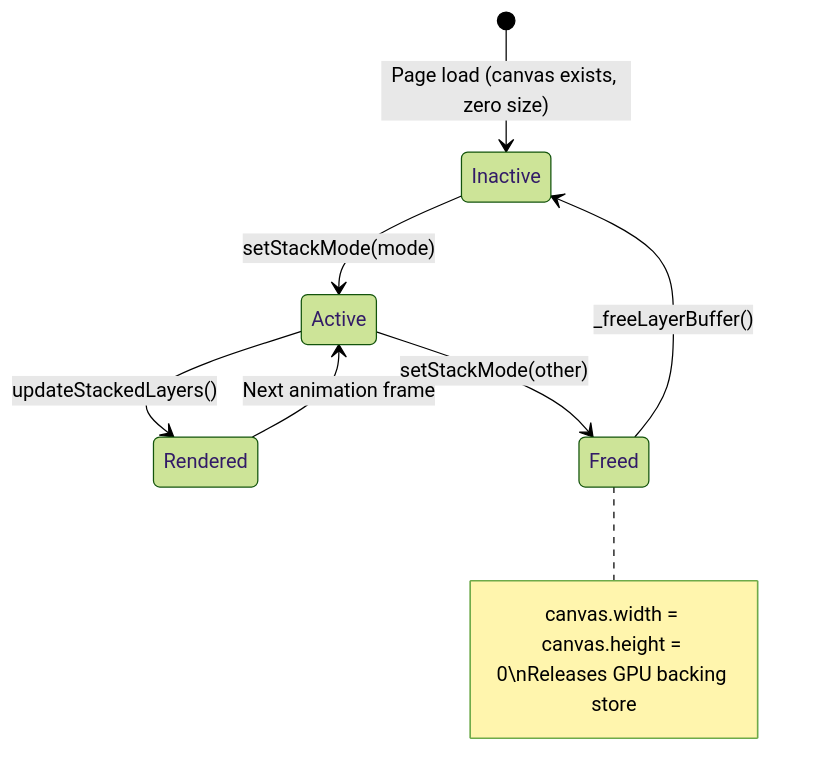
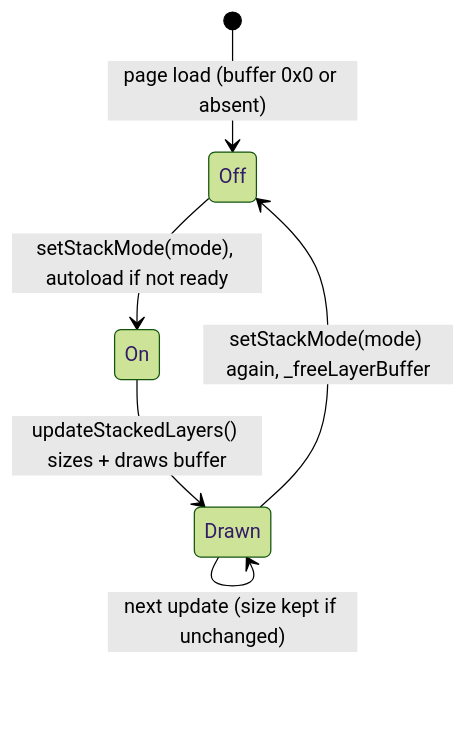
The second of 7 diagrams in docs/reference/layer-system.md (EdgarCardenasDeLaHoz/map2stl), drawn with Mermaid (forest theme) before and after one commit. The commit also changed other lines of this file and 314 other files, not shown here.

First line of the commit message:
Docs reorganized: one INDEX, guides/, reference/, decisions/, plans roadmap, research/, history/

````diff
--- a/docs/reference/layer-system.md
+++ b/docs/reference/layer-system.md
@@ -55,10 +96,8 @@
 ```mermaid
 stateDiagram-v2
-    [*] --> Inactive: Page load (canvas exists, zero size)
-    Inactive --> Active: setStackMode(mode)
-    Active --> Rendered: updateStackedLayers()
-    Rendered --> Active: Next animation frame
-    Active --> Freed: setStackMode(other)
-    Freed --> Inactive: _freeLayerBuffer()
-    note right of Freed : canvas.width = canvas.height = 0\nReleases GPU backing store
+    [*] --> Off: page load (buffer 0x0 or absent)
+    Off --> On: setStackMode(mode), autoload if not ready
+    On --> Drawn: updateStackedLayers() sizes + draws buffer
+    Drawn --> Drawn: next update (size kept if unchanged)
+    Drawn --> Off: setStackMode(mode) again, _freeLayerBuffer
 ```
````
